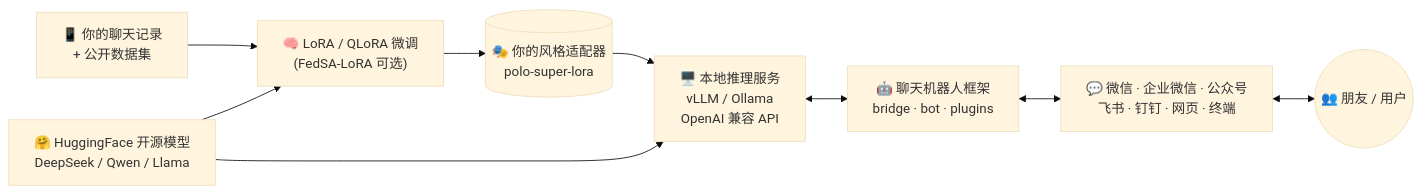
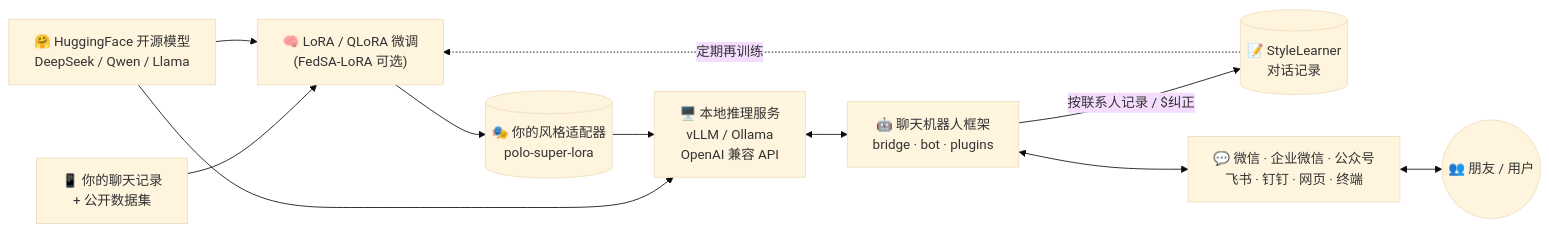
Before and after one commit to zongyangbigpolo/Super-Polo-Custom-LLM-Builder: the diagram in README.md, drawn with Mermaid (base theme). The commit also changed other lines of this file and 18 other files, not shown here.

````diff
--- a/README.md
+++ b/README.md
@@ -22,11 +23,13 @@
 ```mermaid
 flowchart LR
     D["📱 你的聊天记录<br/>+ 公开数据集"] --> T["🧠 LoRA / QLoRA 微调<br/>(FedSA-LoRA 可选)"]
     M["🤗 HuggingFace 开源模型<br/>DeepSeek / Qwen / Llama"] --> T
     T --> A[("🎭 你的风格适配器<br/>polo-super-lora")]
     M --> S["🖥️ 本地推理服务<br/>vLLM / Ollama<br/>OpenAI 兼容 API"]
     A --> S
     S <--> B["🤖 聊天机器人框架<br/>bridge · bot · plugins"]
+    B -->|"按联系人记录 / $纠正"| L[("📝 StyleLearner<br/>对话记录")]
+    L -.->|"定期再训练"| T
     B <--> C["💬 微信 · 企业微信 · 公众号<br/>飞书 · 钉钉 · 网页 · 终端"]
     C <--> U(("👥 朋友 / 用户"))
 ```
````
